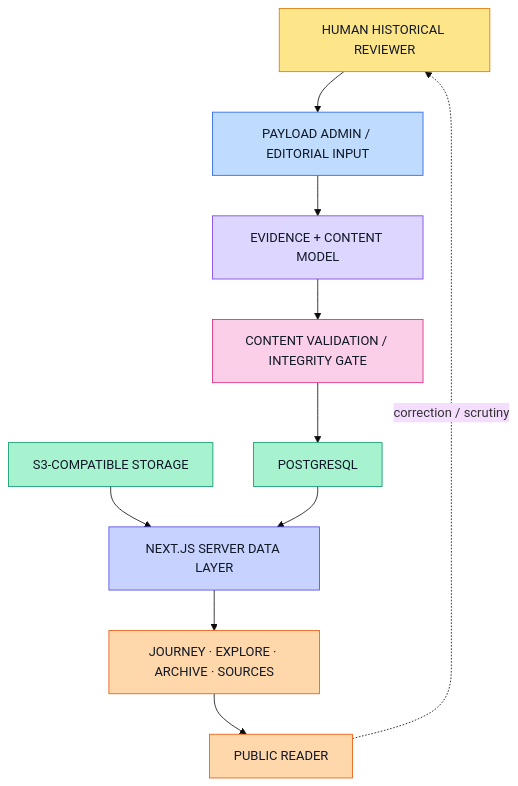
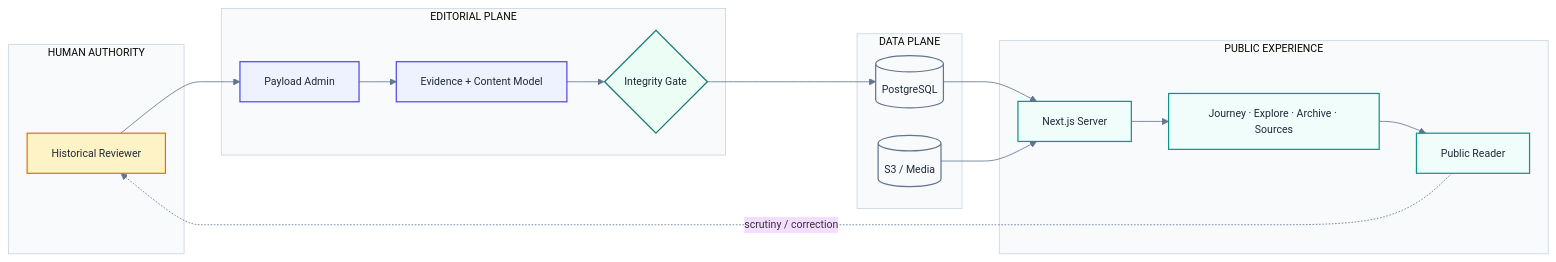
One commit to drferdi/Kediri-Kings-Century changed the first of 4 diagrams in README.md. Above: the diagram before and after it, drawn with Mermaid. The commit also changed other lines of this file, not shown here.

Commit message:
docs(readme): refine diagrams and reduce table typography

```diff
--- a/README.md
+++ b/README.md
@@ -256,39 +256,43 @@
 ~~~mermaid
-%%{init: {'theme':'base'}}%%
-flowchart TB
-  REVIEWER["HUMAN HISTORICAL REVIEWER"]
-  CMS["PAYLOAD ADMIN / EDITORIAL INPUT"]
-  MODEL["EVIDENCE + CONTENT MODEL"]
-  DB["POSTGRESQL"]
-  MEDIA["S3-COMPATIBLE STORAGE"]
-  GATE["CONTENT VALIDATION / INTEGRITY GATE"]
-  SERVER["NEXT.JS SERVER DATA LAYER"]
-  PUBLIC["JOURNEY · EXPLORE · ARCHIVE · SOURCES"]
-  READER["PUBLIC READER"]
+%%{init: {'theme':'base','flowchart':{'curve':'basis','nodeSpacing':34,'rankSpacing':46},'themeVariables':{'fontFamily':'Inter, ui-sans-serif, system-ui','fontSize':'13px','lineColor':'#64748B','clusterBkg':'#F8FAFC','clusterBorder':'#CBD5E1'}}}%%
+flowchart LR
+  subgraph H["HUMAN AUTHORITY"]
+    REVIEWER["Historical Reviewer"]
+  end
 
-  REVIEWER --> CMS
-  CMS --> MODEL
-  MODEL --> GATE
+  subgraph E["EDITORIAL PLANE"]
+    CMS["Payload Admin"]
+    MODEL["Evidence + Content Model"]
+    GATE{"Integrity Gate"}
+  end
+
+  subgraph D["DATA PLANE"]
+    DB[("PostgreSQL")]
+    MEDIA[("S3 / Media")]
+  end
+
+  subgraph X["PUBLIC EXPERIENCE"]
+    SERVER["Next.js Server"]
+    PUBLIC["Journey · Explore · Archive · Sources"]
+    READER["Public Reader"]
+  end
+
+  REVIEWER --> CMS --> MODEL --> GATE
   GATE --> DB
+  DB --> SERVER
   MEDIA --> SERVER
-  DB --> SERVER
-  SERVER --> PUBLIC
-  PUBLIC --> READER
-  READER -. correction / scrutiny .-> REVIEWER
+  SERVER --> PUBLIC --> READER
+  READER -. scrutiny / correction .-> REVIEWER
 
-  classDef human fill:#FDE68A,stroke:#D97706,color:#111827;
-  classDef editorial fill:#BFDBFE,stroke:#2563EB,color:#111827;
-  classDef model fill:#DDD6FE,stroke:#7C3AED,color:#111827;
-  classDef data fill:#A7F3D0,stroke:#059669,color:#111827;
-  classDef gate fill:#FBCFE8,stroke:#DB2777,color:#111827;
-  classDef runtime fill:#C7D2FE,stroke:#4F46E5,color:#111827;
-  classDef output fill:#FED7AA,stroke:#EA580C,color:#111827;
+  classDef human fill:#FEF3C7,stroke:#D97706,stroke-width:1.5px,color:#1F2937;
+  classDef system fill:#EEF2FF,stroke:#4F46E5,stroke-width:1.5px,color:#1F2937;
+  classDef verified fill:#ECFDF5,stroke:#0F766E,stroke-width:1.5px,color:#1F2937;
+  classDef data fill:#F8FAFC,stroke:#64748B,stroke-width:1.5px,color:#1F2937;
+  classDef public fill:#F0FDFA,stroke:#0D9488,stroke-width:1.5px,color:#1F2937;
 
   class REVIEWER human;
-  class CMS editorial;
-  class MODEL model;
+  class CMS,MODEL system;
+  class GATE verified;
   class DB,MEDIA data;
-  class GATE gate;
-  class SERVER runtime;
-  class PUBLIC,READER output;
+  class SERVER,PUBLIC,READER public;
 ~~~
```
